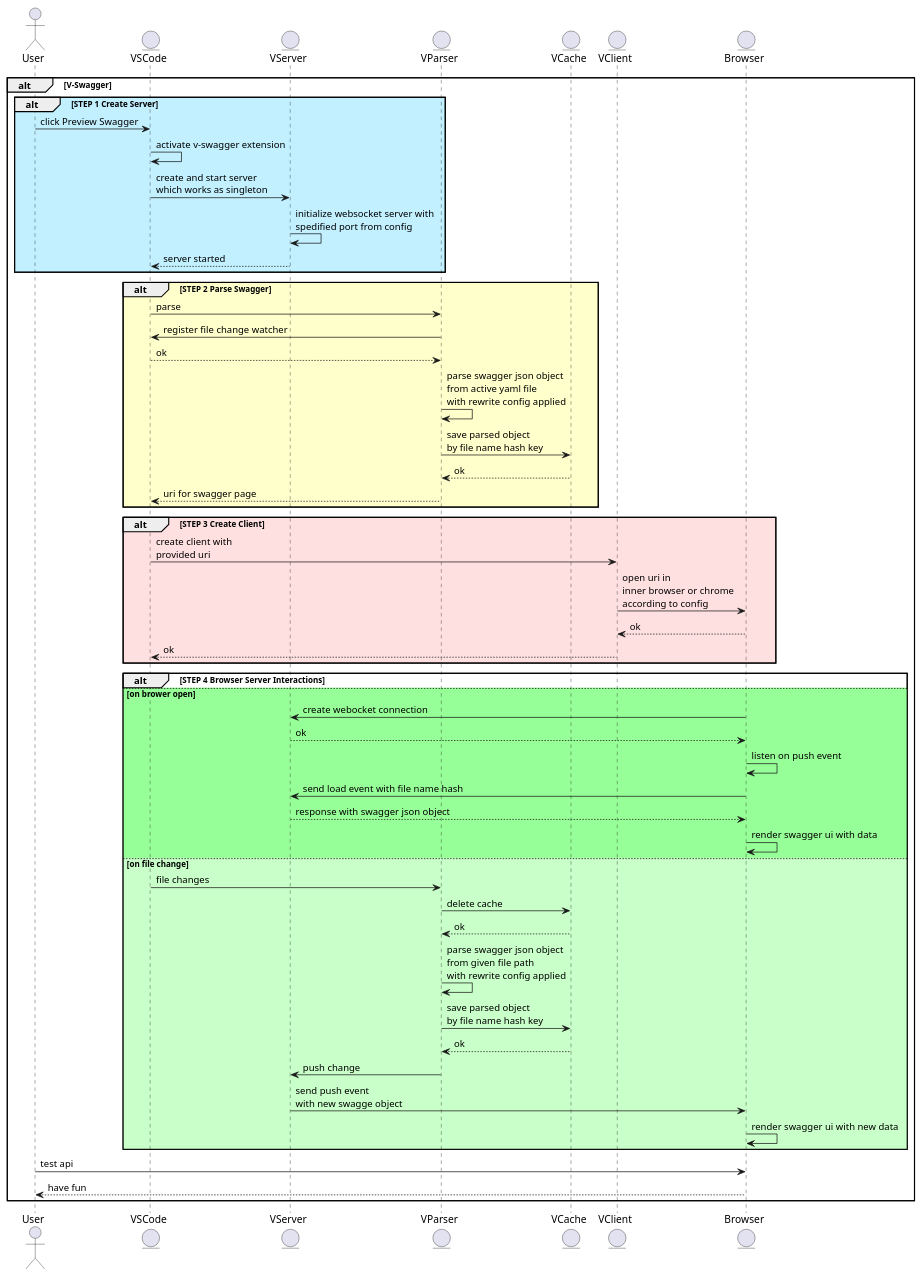
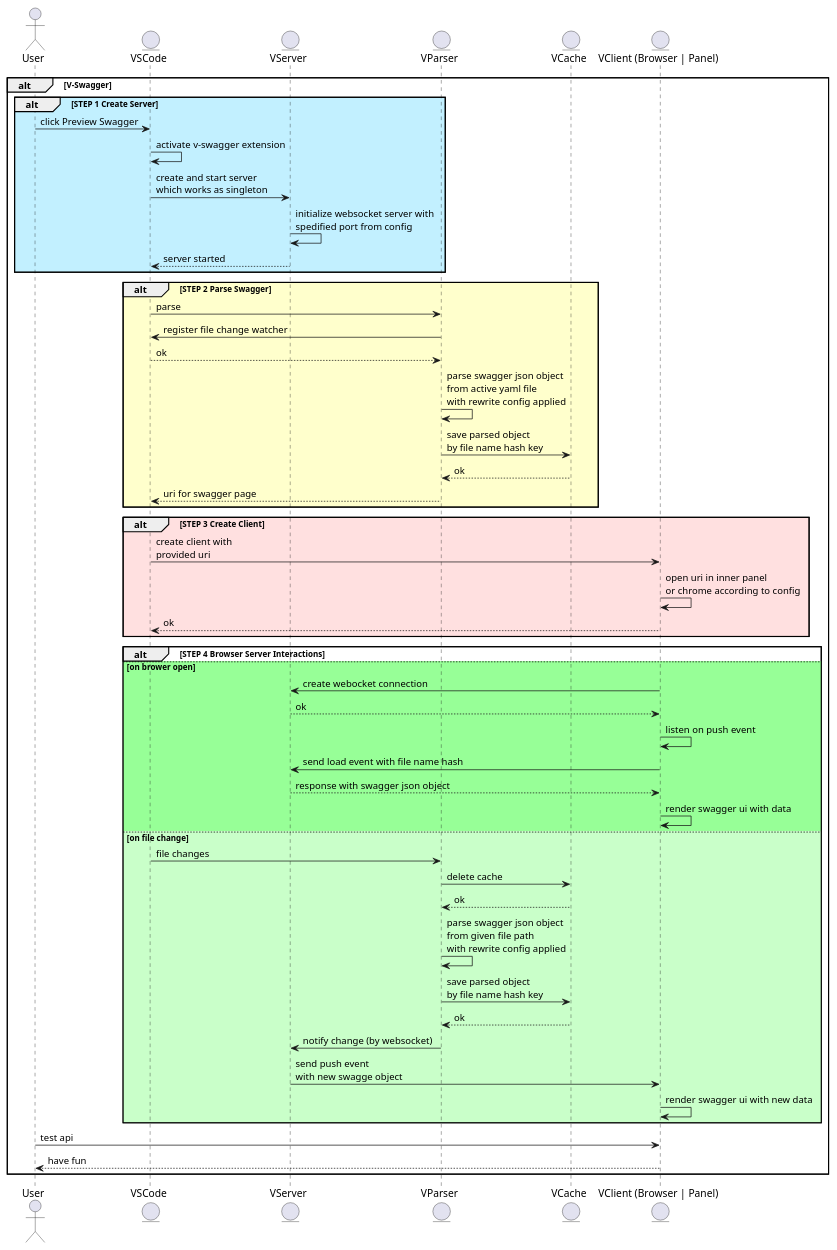
Before and after one commit to LangInteger/learning: the diagram in draw/swagger/client_and_server_interact.puml, drawn with PlantUML.

```diff
--- a/draw/swagger/client_and_server_interact.puml
+++ b/draw/swagger/client_and_server_interact.puml
@@ -1,63 +1,61 @@
 @startuml
 
 actor User as u
 entity VSCode as v
 entity VServer as s
 entity VParser as p
 entity VCache as a
-entity VClient as c
-entity Browser as b
+entity "VClient (Browser | Panel)" as b
 
 alt V-Swagger
 
   alt #Application STEP 1 Create Server
     u -> v: click Preview Swagger
     v -> v: activate v-swagger extension
     v -> s: create and start server\nwhich works as singleton 
     s -> s: initialize websocket server with \nspedified port from config
     s --> v: server started
   end
 
   alt #Business STEP 2 Parse Swagger
     v -> p: parse
     p -> v: register file change watcher
     v --> p: ok
     p -> p: parse swagger json object\nfrom active yaml file\nwith rewrite config applied
     p -> a: save parsed object \nby file name hash key
     a -->p : ok
     p --> v: uri for swagger page
   end
 
   alt #Implementation STEP 3 Create Client
-    v -> c: create client with\nprovided uri
-    c -> b: open uri in \ninner browser or chrome\naccording to config
-    b --> c: ok
-    c --> v: ok 
+    v -> b: create client with\nprovided uri
+    b -> b: open uri in inner panel \nor chrome according to config
+    b --> v: ok
   end
 
   alt STEP 4 Browser Server Interactions
   else #Physical on brower open
     b -> s: create webocket connection
     s --> b: ok
     b -> b: listen on push event
     b -> s: send load event with file name hash
     s --> b: response with swagger json object
     b -> b: render swagger ui with data 
   else #Technology on file change
     v -> p: file changes
     p -> a: delete cache
     a --> p: ok
     p -> p: parse swagger json object\nfrom given file path\nwith rewrite config applied
     p -> a: save parsed object \nby file name hash key
     a --> p : ok
-    p -> s: push change
+    p -> s: notify change (by websocket)
     s -> b: send push event \nwith new swagge object
     b -> b: render swagger ui with new data 
   end
 
   u -> b: test api
   b --> u: have fun
 
 end
 
 @enduml
```
